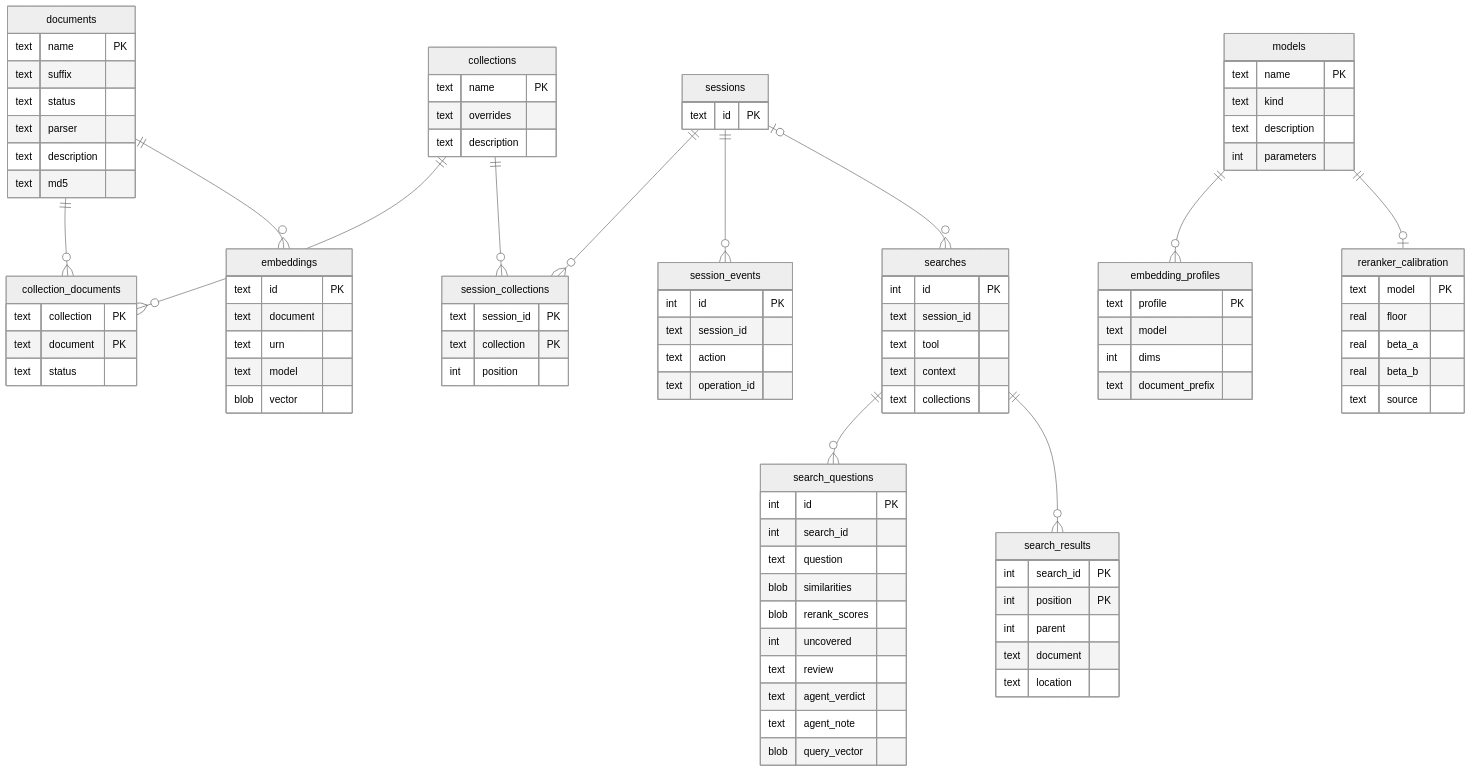
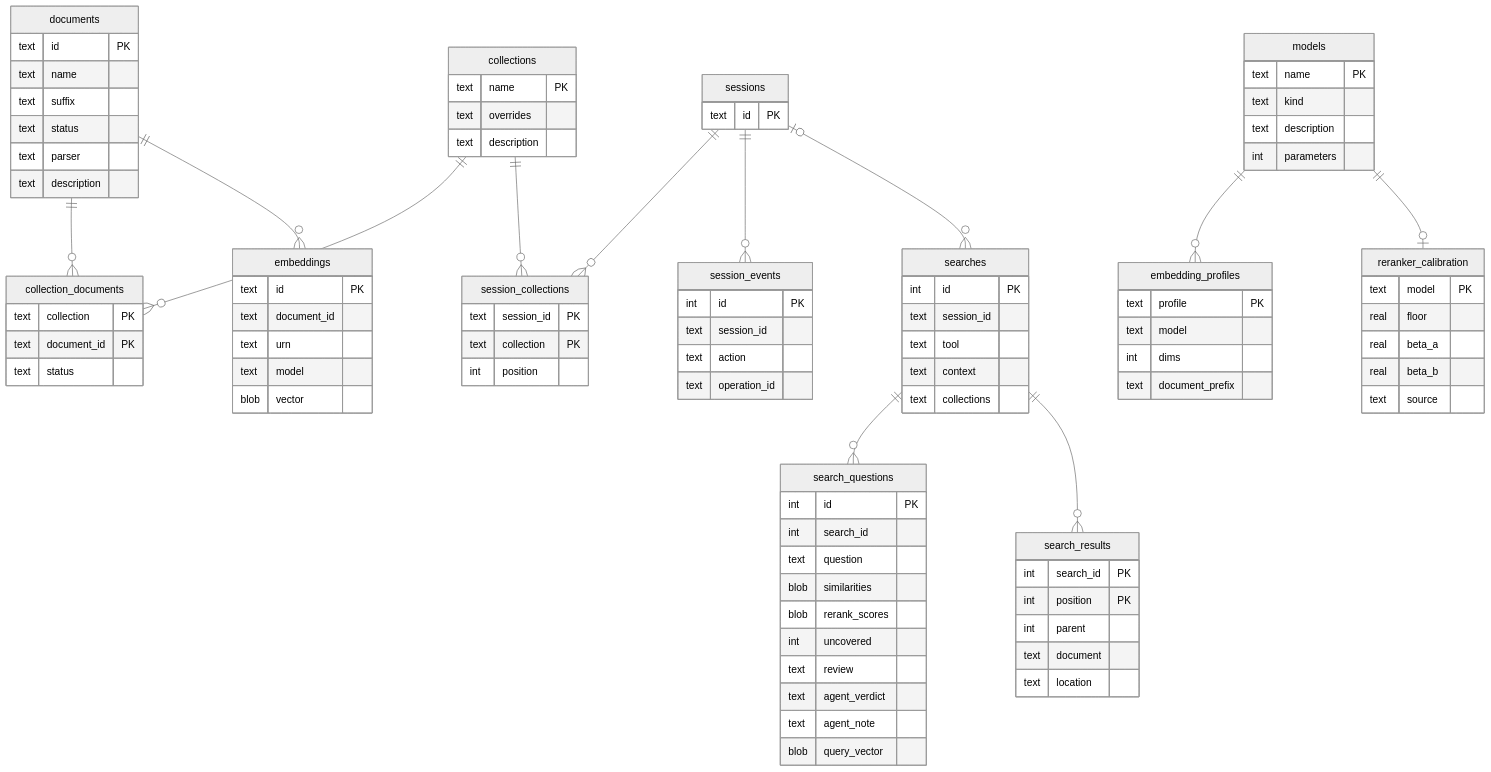
Before and after one commit to haskian/haskie: the diagram in docs/storage.md, drawn with Mermaid (neutral theme). The commit also changed other lines of this file and 60 other files, not shown here.

```diff
--- a/docs/storage.md
+++ b/docs/storage.md
@@ -44,12 +45,12 @@
     models ||--o{ embedding_profiles : ""
     models ||--o| reranker_calibration : ""
     documents {
-        text name PK
+        text id PK
+        text name
         text suffix
         text status
         text parser
         text description
-        text md5
     }
     collections {
         text name PK
@@ -58,12 +59,12 @@
     }
     collection_documents {
         text collection PK
-        text document PK
+        text document_id PK
         text status
     }
     embeddings {
         text id PK
-        text document
+        text document_id
         text urn
         text model
         blob vector
```
